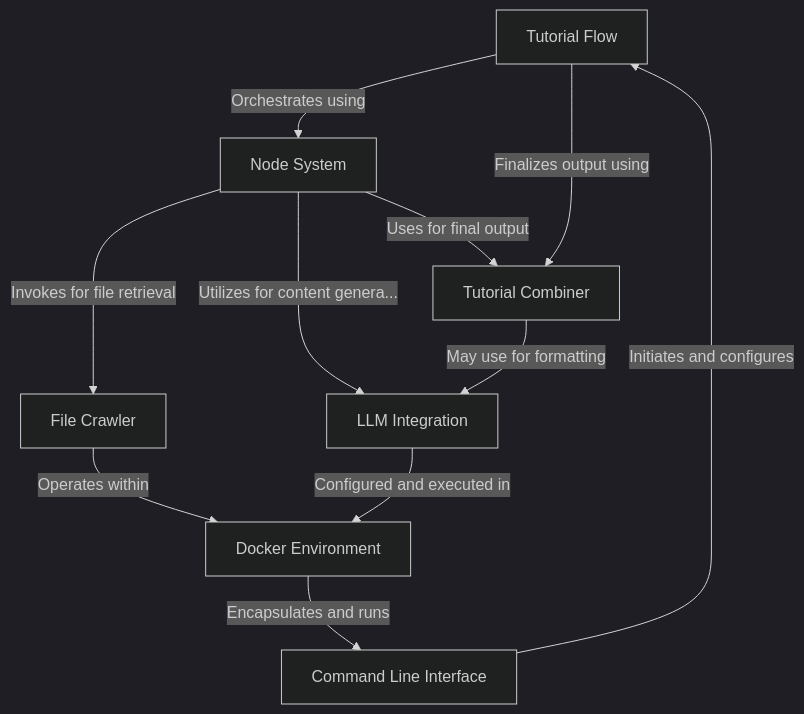
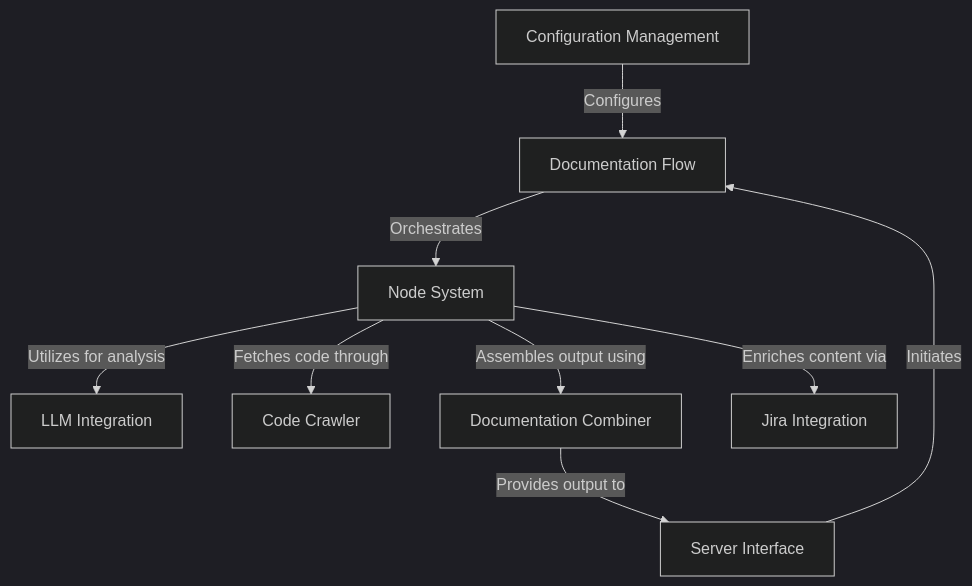
Before and after one commit to dygavieta/NewRepo: the first of 9 diagrams in README.md, drawn with Mermaid (dark theme). The commit also changed other lines of this file, not shown here.

````diff
--- a/README.md
+++ b/README.md
@@ -11,27 +11,27 @@
 ```mermaid
 flowchart TD
-    A0["Tutorial Flow
+    A0["Documentation Flow
 "]
     A1["Node System
 "]
     A2["LLM Integration
 "]
-    A3["File Crawler
+    A3["Code Crawler
 "]
-    A4["Tutorial Combiner
+    A4["Documentation Combiner
 "]
-    A5["Command Line Interface
+    A5["Jira Integration
 "]
-    A6["Docker Environment
+    A6["Server Interface
 "]
-    A0 -- "Orchestrates using" --> A1
-    A1 -- "Utilizes for content genera..." --> A2
-    A1 -- "Invokes for file retrieval" --> A3
-    A1 -- "Uses for final output" --> A4
-    A5 -- "Initiates and configures" --> A0
-    A6 -- "Encapsulates and runs" --> A5
-    A3 -- "Operates within" --> A6
-    A4 -- "May use for formatting" --> A2
-    A2 -- "Configured and executed in" --> A6
-    A0 -- "Finalizes output using" --> A4
+    A7["Configuration Management
+"]
+    A0 -- "Orchestrates" --> A1
+    A1 -- "Utilizes for analysis" --> A2
+    A1 -- "Fetches code through" --> A3
+    A1 -- "Assembles output using" --> A4
+    A1 -- "Enriches content via" --> A5
+    A6 -- "Initiates" --> A0
+    A7 -- "Configures" --> A0
+    A4 -- "Provides output to" --> A6
 ```
````
